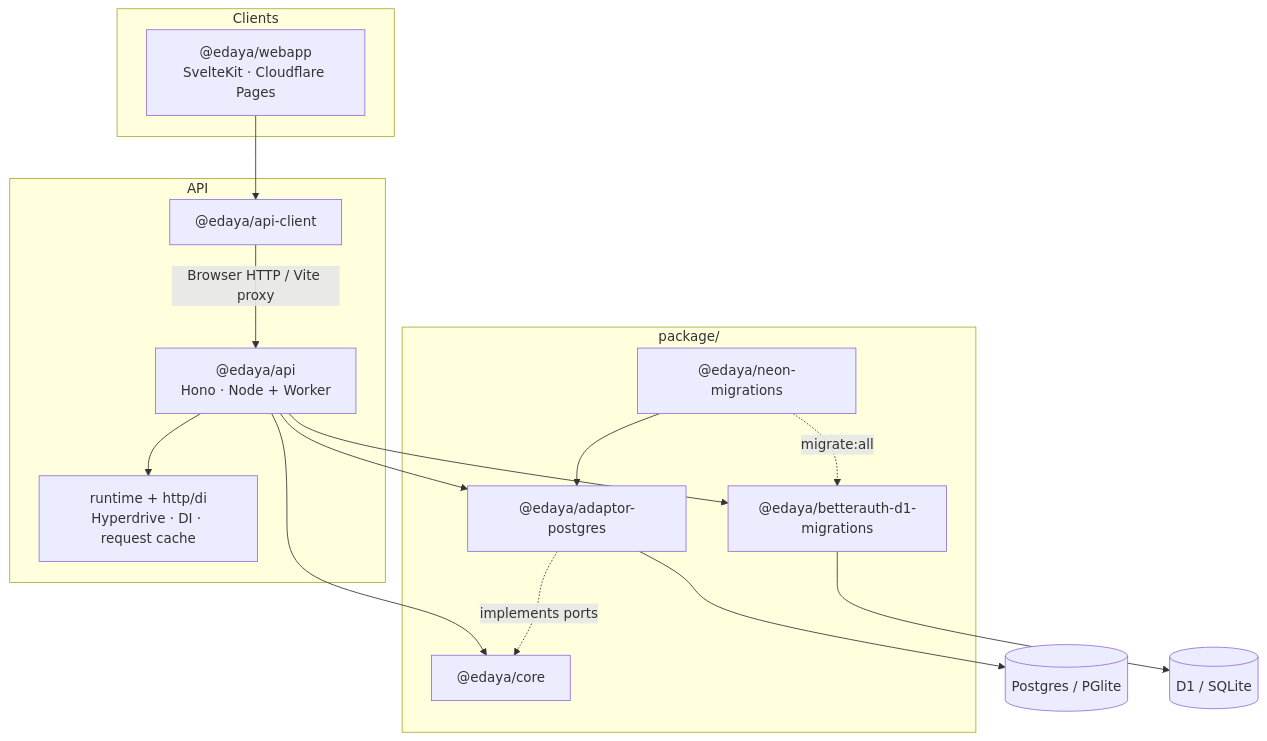
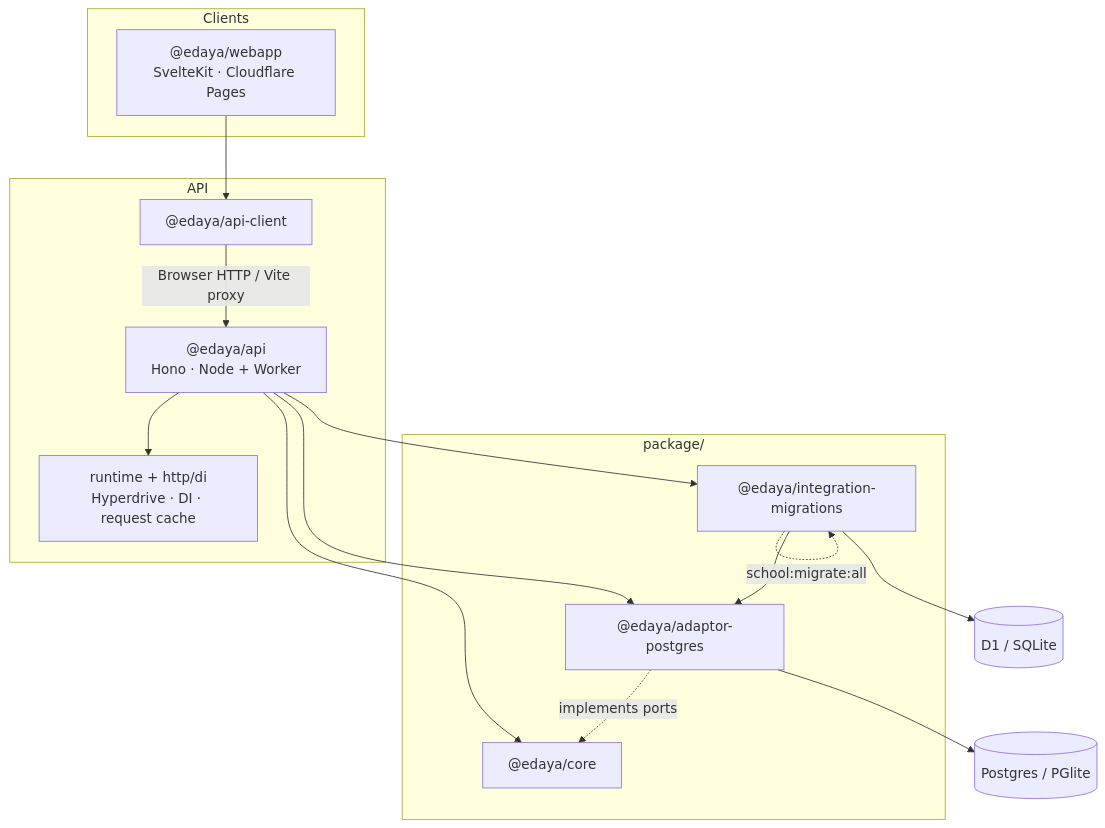
One commit to Maya-Invest/edaya_backend changed the diagram in README.md. Above: the diagram before and after it, drawn with Mermaid. The commit also changed other lines of this file and 1221 other files, not shown here.

First line of the commit message:
feat: update integration migrations and improve local development setup

````diff
--- a/README.md
+++ b/README.md
@@ -34,31 +33,30 @@
 ```mermaid
 flowchart TB
   subgraph clients["Clients"]
     Webapp["@edaya/webapp<br/>SvelteKit · Cloudflare Pages"]
   end
 
   subgraph api_layer["API"]
     API["@edaya/api<br/>Hono · Node + Worker"]
     Client["@edaya/api-client"]
     WorkerHost["runtime + http/di<br/>Hyperdrive · DI · request cache"]
   end
 
   subgraph package["package/"]
     Core["@edaya/core"]
     PG["@edaya/adaptor-postgres"]
-    Auth["@edaya/betterauth-d1-migrations"]
-    NeonM["@edaya/neon-migrations"]
+    Migrations["@edaya/integration-migrations"]
   end
 
   Webapp --> Client
   Client -->|Browser HTTP / Vite proxy| API
   API --> WorkerHost
   API --> Core
   API --> PG
-  API --> Auth
+  API --> Migrations
   PG -.->|implements ports| Core
-  NeonM --> PG
-  NeonM -.->|migrate:all| Auth
+  Migrations --> PG
+  Migrations -.->|school:migrate:all| Migrations
   PG --> SchoolDB[(Postgres / PGlite)]
-  Auth --> AuthDB[(D1 / SQLite)]
+  Migrations --> AuthDB[(D1 / SQLite)]
 ```
````
